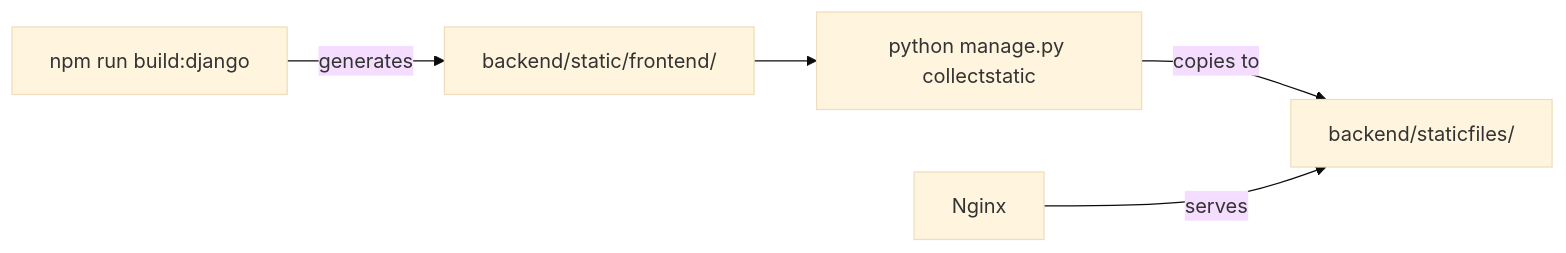
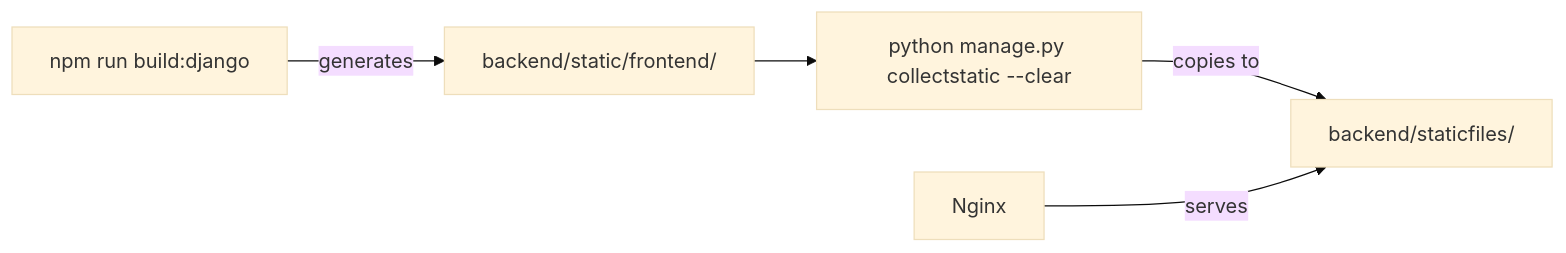
One commit to gustavop-dev/projectapp changed diagram 12 of 12 in docs/methodology/architecture.md. Above: the diagram before and after it, drawn with Mermaid (base theme). The commit also changed other lines of this file and 9 other files, not shown here.

````diff
--- a/docs/methodology/architecture.md
+++ b/docs/methodology/architecture.md
@@ -588,9 +588,9 @@
 ```mermaid
 flowchart LR
     NuxtBuild["npm run build:django"]
     NuxtBuild -->|generates| StaticFrontend["backend/static/frontend/"]
-    CollectStatic["python manage.py collectstatic"]
+    CollectStatic["python manage.py collectstatic --clear"]
     StaticFrontend --> CollectStatic
     CollectStatic -->|copies to| StaticFiles["backend/staticfiles/"]
     Nginx -->|serves| StaticFiles
 ```
````
